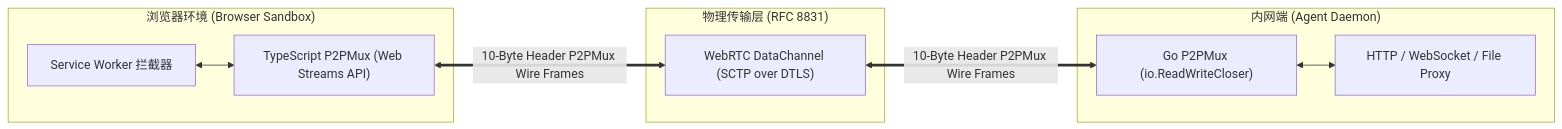
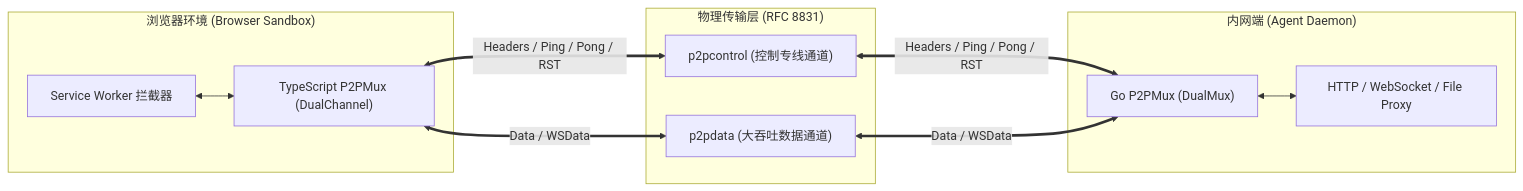
Before and after one commit to BeingNoAbility/WebRTC-Gateway: the first of 4 diagrams in docs/guide/protocol-specification.md, drawn with Mermaid. The commit also changed other lines of this file and 9 other files, not shown here.

Commit message:
docs: align documentation suite with v2.3 dual-channel architecture and benchmark reports

````diff
--- a/docs/guide/protocol-specification.md
+++ b/docs/guide/protocol-specification.md
@@ -11,21 +11,24 @@
 ```mermaid
 flowchart LR
     subgraph Browser_Sandbox["浏览器环境 (Browser Sandbox)"]
         SW["Service Worker 拦截器"]
-        TSMux["TypeScript P2PMux (Web Streams API)"]
+        TSMux["TypeScript P2PMux (DualChannel)"]
     end
 
     subgraph Transport_Layer["物理传输层 (RFC 8831)"]
-        SCTP["WebRTC DataChannel (SCTP over DTLS)"]
+        ControlDC["p2pcontrol (控制专线通道)"]
+        DataDC["p2pdata (大吞吐数据通道)"]
     end
 
     subgraph Agent_Daemon["内网端 (Agent Daemon)"]
-        GoMux["Go P2PMux (io.ReadWriteCloser)"]
+        GoMux["Go P2PMux (DualMux)"]
         Proxy["HTTP / WebSocket / File Proxy"]
     end
 
     SW <--> TSMux
-    TSMux <== "10-Byte Header P2PMux Wire Frames" ==> SCTP
-    SCTP <== "10-Byte Header P2PMux Wire Frames" ==> GoMux
+    TSMux <== "Headers / Ping / Pong / RST" ==> ControlDC
+    TSMux <== "Data / WSData" ==> DataDC
+    ControlDC <== "Headers / Ping / Pong / RST" ==> GoMux
+    DataDC <== "Data / WSData" ==> GoMux
     GoMux <--> Proxy
 ```
````
